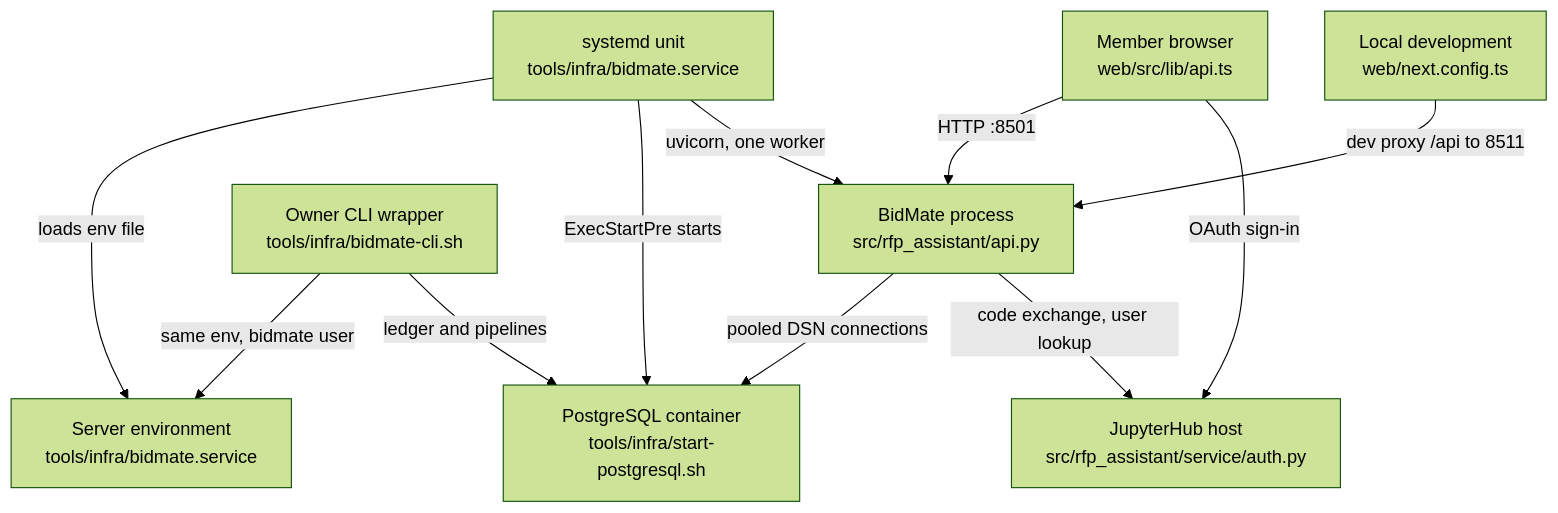
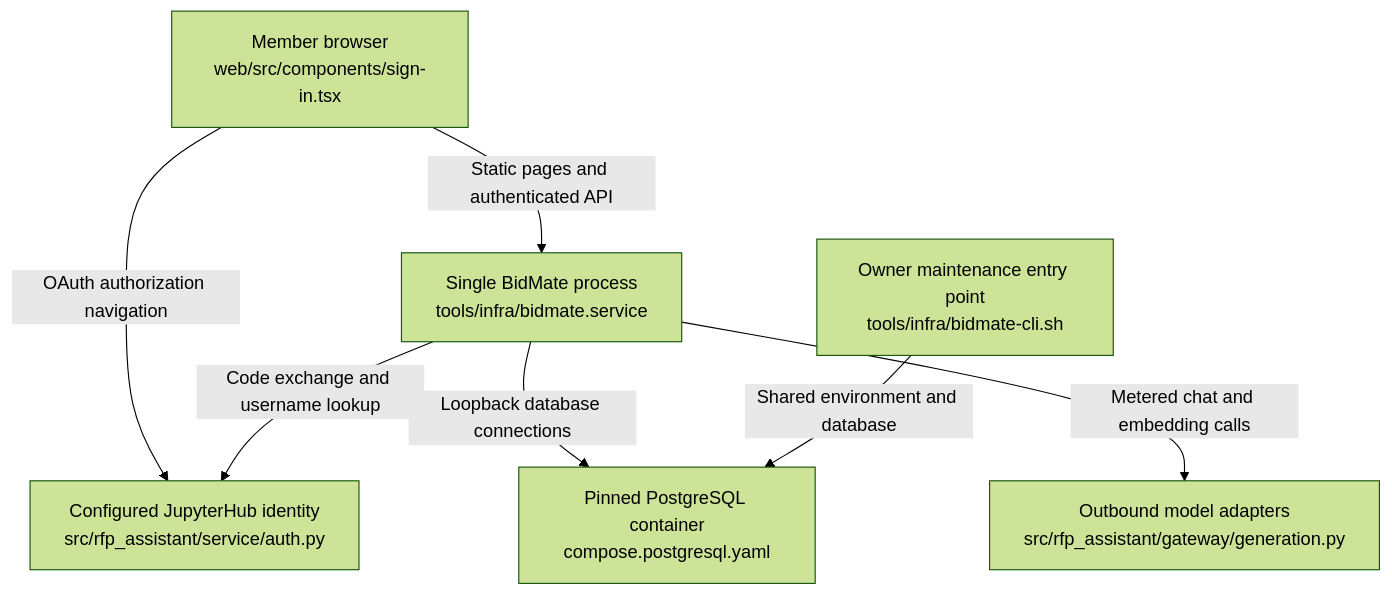
One commit to littleeeeebit/project-codeit-mid changed the diagram in .omm/deployment/diagram.mmd. Above: the diagram before and after it, drawn with Mermaid (forest theme). The commit also changed 460 other files, not shown here.

```diff
--- a/.omm/deployment/diagram.mmd
+++ b/.omm/deployment/diagram.mmd
@@ -1,19 +1,7 @@
 graph TD
-  systemd-unit["systemd unit\ntools/infra/bidmate.service"]
-  server-env["Server environment\ntools/infra/bidmate.service"]
-  postgresql-container["PostgreSQL container\ntools/infra/start-postgresql.sh"]
-  bidmate-process["BidMate process\nsrc/rfp_assistant/api.py"]
-  jupyterhub-host["JupyterHub host\nsrc/rfp_assistant/service/auth.py"]
-  member-browser["Member browser\nweb/src/lib/api.ts"]
-  cli-wrapper["Owner CLI wrapper\ntools/infra/bidmate-cli.sh"]
-  local-dev["Local development\nweb/next.config.ts"]
-  systemd-unit -->|"loads env file"| server-env
-  systemd-unit -->|"ExecStartPre starts"| postgresql-container
-  systemd-unit -->|"uvicorn, one worker"| bidmate-process
-  bidmate-process -->|"pooled DSN connections"| postgresql-container
-  member-browser -->|"HTTP :8501"| bidmate-process
-  member-browser -->|"OAuth sign-in"| jupyterhub-host
-  bidmate-process -->|"code exchange, user lookup"| jupyterhub-host
-  cli-wrapper -->|"same env, bidmate user"| server-env
-  cli-wrapper -->|"ledger and pipelines"| postgresql-container
-  local-dev -->|"dev proxy /api to 8511"| bidmate-process
+browser["Member browser\nweb/src/components/sign-in.tsx"] -->|Static pages and authenticated API| app["Single BidMate process\ntools/infra/bidmate.service"]
+browser -->|OAuth authorization navigation| hub["Configured JupyterHub identity\nsrc/rfp_assistant/service/auth.py"]
+app -->|Code exchange and username lookup| hub
+app -->|Loopback database connections| database["Pinned PostgreSQL container\ncompose.postgresql.yaml"]
+app -->|Metered chat and embedding calls| providers["Outbound model adapters\nsrc/rfp_assistant/gateway/generation.py"]
+cli["Owner maintenance entry point\ntools/infra/bidmate-cli.sh"] -->|Shared environment and database| database
```
